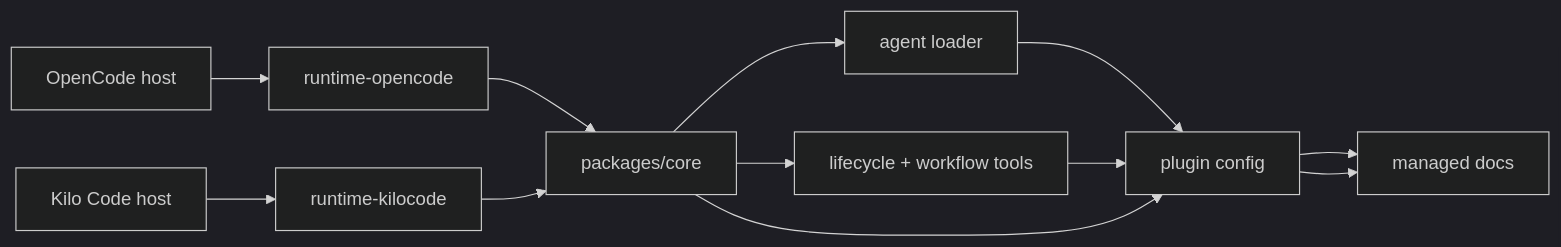
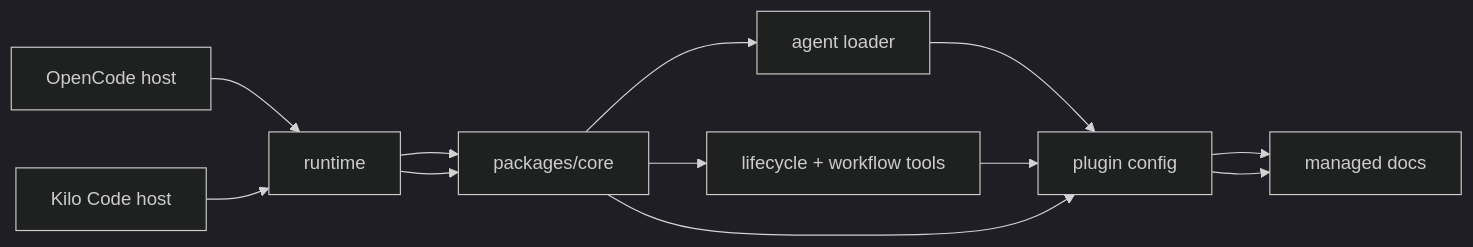
The second of 2 diagrams in README.md (dimahc/tori-agent), drawn with Mermaid (dark theme) before and after one commit. The commit also changed other lines of this file and 23 other files, not shown here.

````diff
--- a/README.md
+++ b/README.md
@@ -90,20 +89,20 @@
 ```mermaid
 flowchart LR
   Host1[OpenCode host]
-  OpW[runtime-opencode]
-  Host1 --> OpW
-  OpW --> Core[packages/core]
+  RT[runtime]
+  Host1 --> RT
+  RT --> Core[packages/core]
 
   Host2[Kilo Code host]
-  KiW[runtime-kilocode]
-  Host2 --> KiW
-  KiW --> Core
+  RT[runtime]
+  Host2 --> RT
+  RT --> Core
 
   Core --> Agents[agent loader]
   Core --> Tools[lifecycle + workflow tools]
   Agents --> Plugin[plugin config]
   Tools --> Plugin
   Core --> Plugin
   Plugin --> Docs[managed docs]
   Plugin --> Docs
 ```
````
